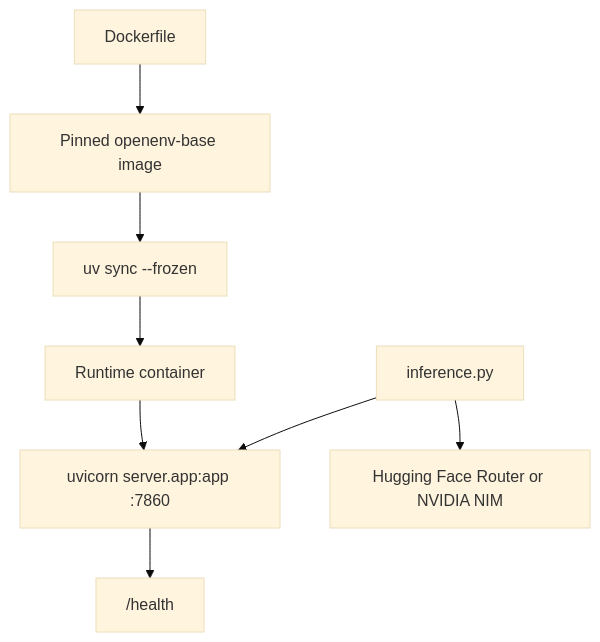
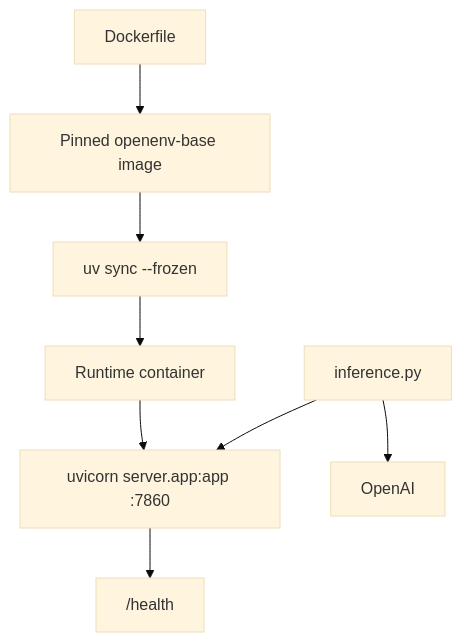
One commit to HeetRanpura/rl-agent changed the fourth of 5 diagrams in README.md. Above: the diagram before and after it, drawn with Mermaid (base theme). The commit also changed other lines of this file and 1 other file, not shown here.

Commit message:
docs: simplify README and align inference config

````diff
--- a/README.md
+++ b/README.md
@@ -344,10 +287,10 @@
 ```mermaid
 flowchart TD
     A["Dockerfile"] --> B["Pinned openenv-base image"]
     B --> C["uv sync --frozen"]
     C --> D["Runtime container"]
     D --> E["uvicorn server.app:app :7860"]
     E --> F["/health"]
-    G["inference.py"] --> H["Hugging Face Router or NVIDIA NIM"]
+    G["inference.py"] --> H["OpenAI"]
     G --> E
 ```
````
